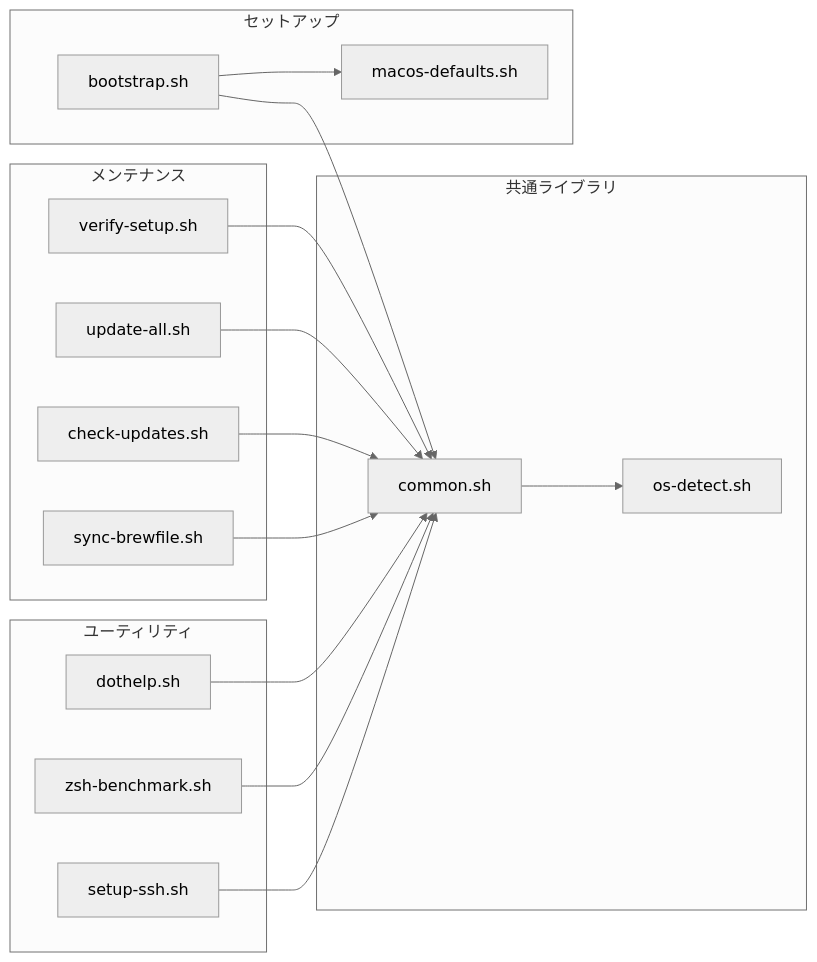
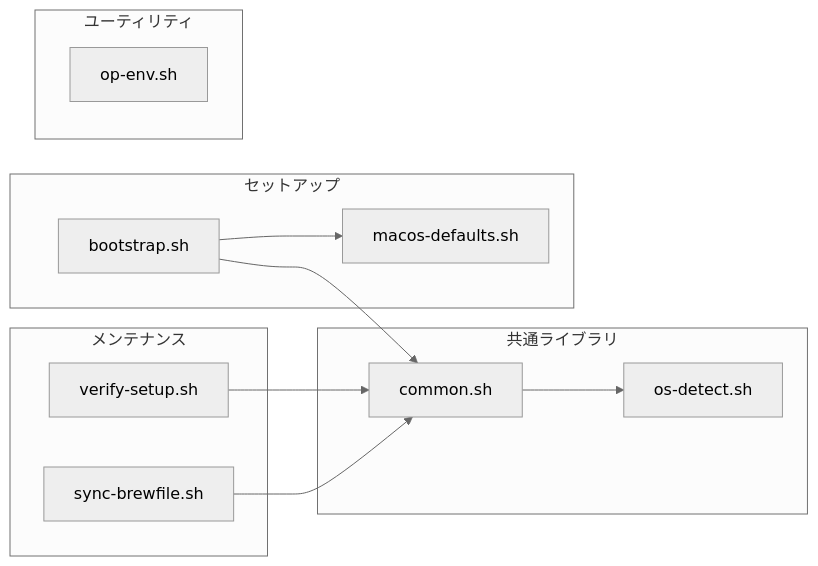
The second of 4 diagrams in docs/ARCHITECTURE.md (otake-shol/dotfiles), drawn with Mermaid (neutral theme) before and after one commit. The commit also changed other lines of this file and 13 other files, not shown here.

First line of the commit message:
chore: スクリプト5削除（dothelp/setup-ssh/zsh-benchmark/check-updates/update-all）

````diff
--- a/docs/ARCHITECTURE.md
+++ b/docs/ARCHITECTURE.md
@@ -98,35 +98,26 @@
 ```mermaid
 flowchart LR
     subgraph "共通ライブラリ"
         L1["common.sh"]
         L2["os-detect.sh"]
         L1 --> L2
     end
 
     subgraph "セットアップ"
         S1["bootstrap.sh"]
         S2["macos-defaults.sh"]
         S1 --> L1
         S1 --> S2
     end
 
     subgraph "メンテナンス"
         M1["verify-setup.sh"]
-        M2["update-all.sh"]
-        M3["check-updates.sh"]
         M4["sync-brewfile.sh"]
         M1 --> L1
-        M2 --> L1
-        M3 --> L1
         M4 --> L1
     end
 
     subgraph "ユーティリティ"
-        U1["dothelp.sh"]
-        U2["zsh-benchmark.sh"]
-        U3["setup-ssh.sh"]
-        U1 --> L1
-        U2 --> L1
-        U3 --> L1
+        U4["op-env.sh"]
     end
 ```
````
